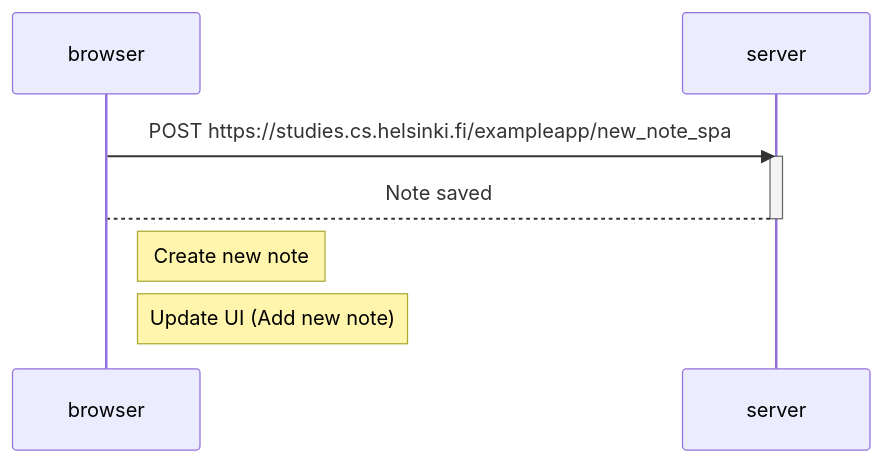
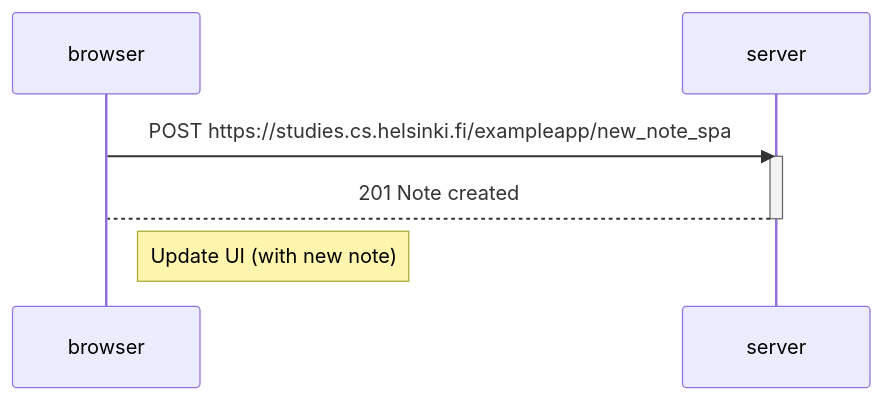
The diagram in part0/0.6.mmd (croobat/fullstackopen), drawn with Mermaid before and after one commit. The commit also changed 1 other file, not shown here.

```diff
--- a/part0/0.6.mmd
+++ b/part0/0.6.mmd
@@ -1,11 +1,9 @@
 sequenceDiagram
     participant browser
     participant server
 
     browser->>server: POST https://studies.cs.helsinki.fi/exampleapp/new_note_spa
     activate server
-    server-->browser: Note saved
+    server-->browser: 201 Note created
     deactivate server
-    Note right of browser: Create new note
-
-    Note right of browser: Update UI (Add new note)
+    Note right of browser: Update UI (with new note)
```
